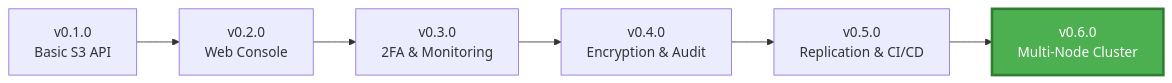
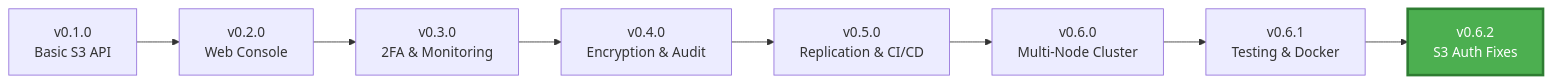
The diagram in profile/README.md (MaxIOFS/.github), drawn with Mermaid before and after one commit. The commit also changed other lines of this file and 1 other file, not shown here.

````diff
--- a/profile/README.md
+++ b/profile/README.md
@@ -404,10 +421,12 @@
 ```mermaid
 graph LR
     A[v0.1.0<br/>Basic S3 API] --> B[v0.2.0<br/>Web Console]
     B --> C[v0.3.0<br/>2FA & Monitoring]
     C --> D[v0.4.0<br/>Encryption & Audit]
     D --> E[v0.5.0<br/>Replication & CI/CD]
     E --> F[v0.6.0<br/>Multi-Node Cluster]
+    F --> G[v0.6.1<br/>Testing & Docker]
+    G --> H[v0.6.2<br/>S3 Auth Fixes]
 
-    style F fill:#4CAF50,stroke:#2E7D32,stroke-width:3px,color:#fff
+    style H fill:#4CAF50,stroke:#2E7D32,stroke-width:3px,color:#fff
 ```
````
